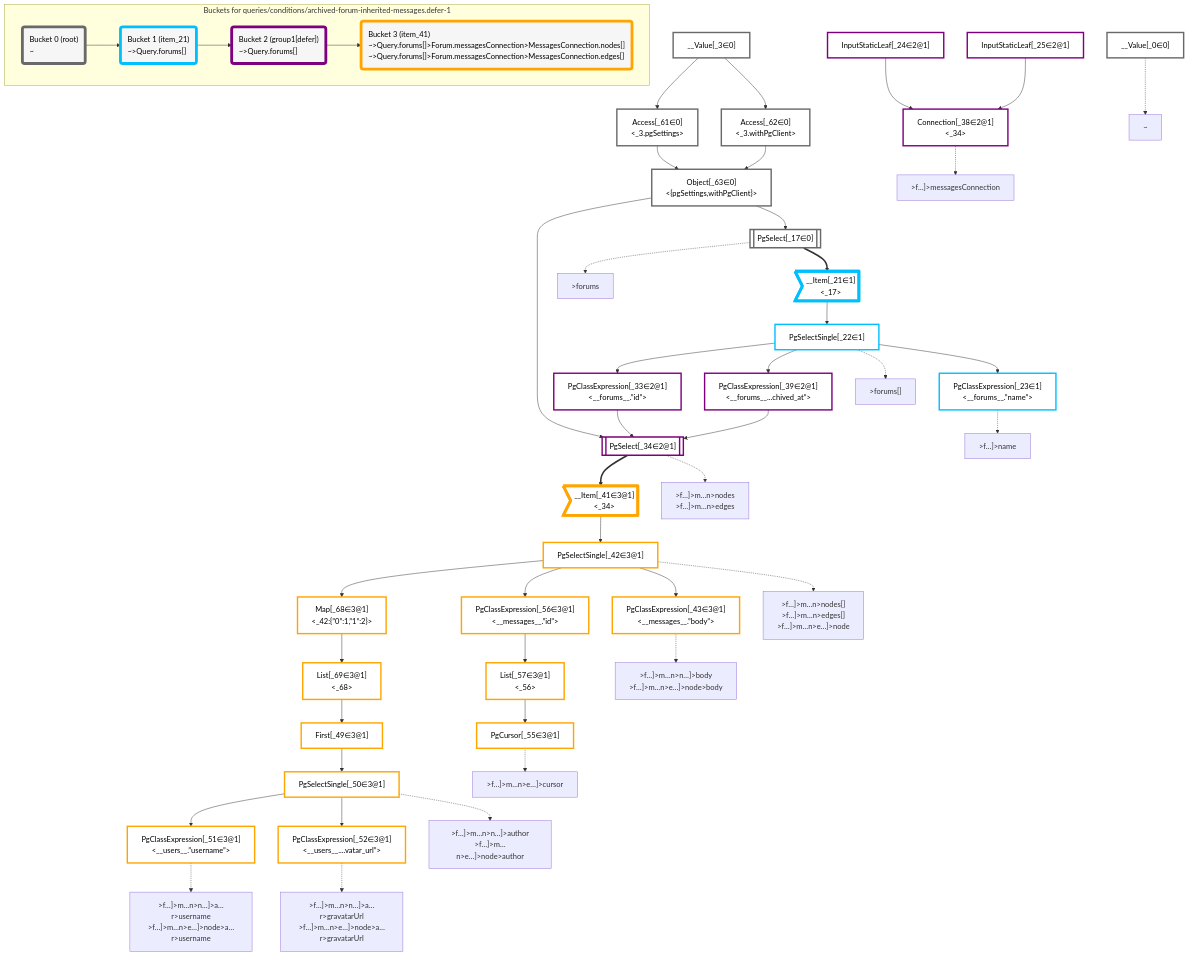
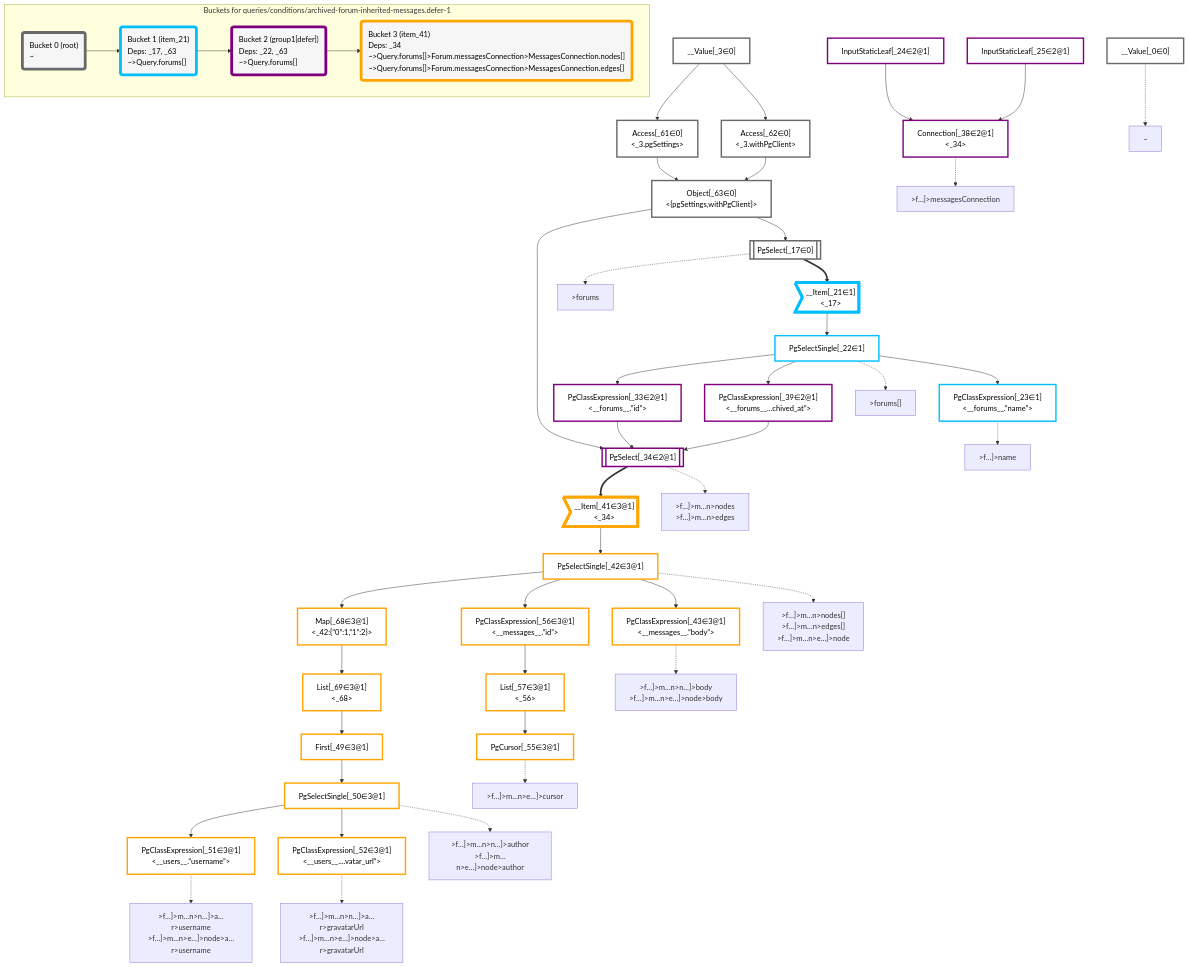
One commit to graphile/crystal changed the diagram in packages/dataplan-pg/__tests__/queries/conditions/archived-forum-inherited-messages.defer-1.mermaid.md. Above: the diagram before and after it, drawn with Mermaid. The commit also changed 157 other files, not shown here.

Commit message:
Add deps to all query snapshots

```diff
--- a/packages/dataplan-pg/__tests__/queries/conditions/archived-forum-inherited-messages.defer-1.mermaid.md
+++ b/packages/dataplan-pg/__tests__/queries/conditions/archived-forum-inherited-messages.defer-1.mermaid.md
@@ -104,13 +104,13 @@
     subgraph "Buckets for queries/conditions/archived-forum-inherited-messages.defer-1"
     Bucket0("Bucket 0 (root)<br />~"):::bucket
     style Bucket0 stroke:#696969
-    Bucket1("Bucket 1 (item_21)<br />~>Query.forums[]"):::bucket
+    Bucket1("Bucket 1 (item_21)<br />Deps: _17, _63<br />~>Query.forums[]"):::bucket
     style Bucket1 stroke:#00bfff
     Bucket0 --> Bucket1
-    Bucket2("Bucket 2 (group1[defer])<br />~>Query.forums[]"):::bucket
+    Bucket2("Bucket 2 (group1[defer])<br />Deps: _22, _63<br />~>Query.forums[]"):::bucket
     style Bucket2 stroke:#7f007f
     Bucket1 --> Bucket2
-    Bucket3("Bucket 3 (item_41)<br />~>Query.forums[]>Forum.messagesConnection>MessagesConnection.nodes[]<br />~>Query.forums[]>Forum.messagesConnection>MessagesConnection.edges[]"):::bucket
+    Bucket3("Bucket 3 (item_41)<br />Deps: _34<br />~>Query.forums[]>Forum.messagesConnection>MessagesConnection.nodes[]<br />~>Query.forums[]>Forum.messagesConnection>MessagesConnection.edges[]"):::bucket
     style Bucket3 stroke:#ffa500
     Bucket2 --> Bucket3
     end
```
